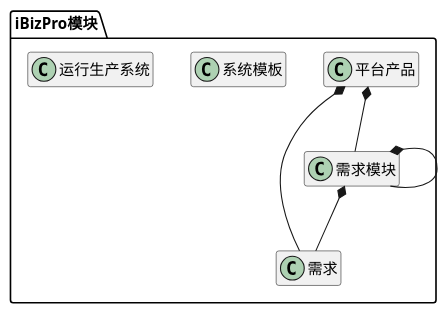
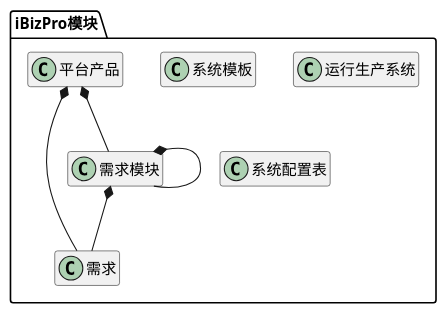
One commit to zj335841911/nt_chandao changed the diagram in ibizpms-docs/src/main/doc/v1/module/ibizpro.md. Above: the diagram before and after it, drawn with PlantUML. The commit also changed other lines of this file and 27 other files, not shown here.

```diff
--- a/ibizpms-docs/src/main/doc/v1/module/ibizpro.md
+++ b/ibizpms-docs/src/main/doc/v1/module/ibizpro.md
@@ -6,38 +6,41 @@
 {% plantuml %}
 
 package iBizPro模块 {
 
 class 平台产品 {
 }
 
 class 需求 {
 }
 
 class 需求模块 {
 }
 
 class 系统模板 {
 }
 
 class 运行生产系统 {
+}
+
+class 系统配置表 {
 }
 
 
 平台产品 *-- 需求模块 
 
 
 需求模块 *-- 需求模块 
 
 
 平台产品 *-- 需求 
 
 
 需求模块 *-- 需求 
 
 
 
 }
 
 hide members
 
 {% endplantuml %}
```
